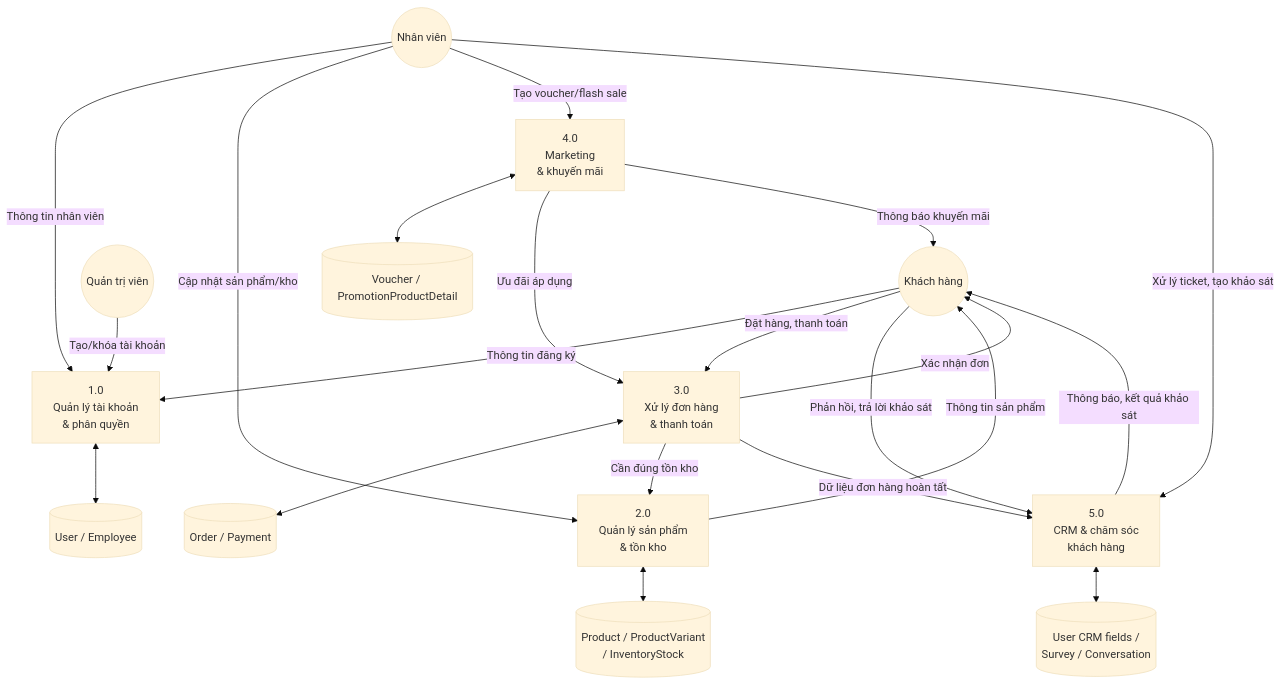
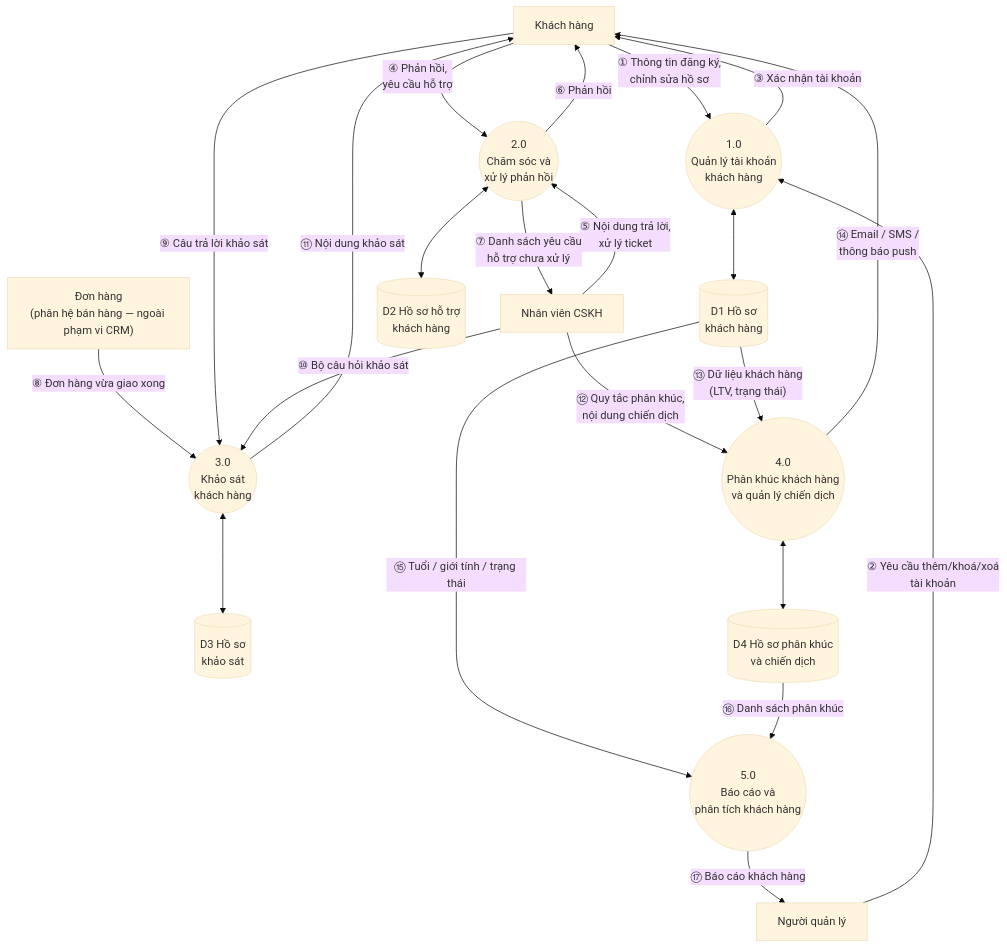
Before and after one commit to KhanhChung2k5/Shopee: the fourth of 6 diagrams in docs/httttdn-phan1-baocao.md, drawn with Mermaid (base theme). The commit also changed other lines of this file and 100 other files, not shown here.

````diff
--- a/docs/httttdn-phan1-baocao.md
+++ b/docs/httttdn-phan1-baocao.md
@@ -179,43 +165,44 @@
 ```mermaid
 graph TD
-    KH((Khách hàng))
-    NV((Nhân viên))
-    ADMIN((Quản trị viên))
+    KH[Khách hàng]
+    NVCS[Nhân viên CSKH]
+    QL[Người quản lý]
+    P3EXT["Đơn hàng<br/>(phân hệ bán hàng — ngoài phạm vi CRM)"]
 
-    P1["1.0<br/>Quản lý tài khoản<br/>& phân quyền"]
-    P2["2.0<br/>Quản lý sản phẩm<br/>& tồn kho"]
-    P3["3.0<br/>Xử lý đơn hàng<br/>& thanh toán"]
-    P4["4.0<br/>Marketing<br/>& khuyến mãi"]
-    P5["5.0<br/>CRM & chăm sóc<br/>khách hàng"]
+    P1(("1.0<br/>Quản lý tài khoản<br/>khách hàng"))
+    P2(("2.0<br/>Chăm sóc và<br/>xử lý phản hồi"))
+    P3(("3.0<br/>Khảo sát<br/>khách hàng"))
+    P4(("4.0<br/>Phân khúc khách hàng<br/>và quản lý chiến dịch"))
+    P5(("5.0<br/>Báo cáo và<br/>phân tích khách hàng"))
 
-    D1[(User / Employee)]
-    D2[(Product / ProductVariant<br/>/ InventoryStock)]
-    D3[(Order / Payment)]
-    D4[(Voucher / PromotionProductDetail)]
-    D5[(User CRM fields /<br/>Survey / Conversation)]
+    D1[(D1 Hồ sơ<br/>khách hàng)]
+    D2[(D2 Hồ sơ hỗ trợ<br/>khách hàng)]
+    D3[(D3 Hồ sơ<br/>khảo sát)]
+    D4[(D4 Hồ sơ phân khúc<br/>và chiến dịch)]
 
-    KH -- "Thông tin đăng ký" --> P1
+    KH -- "① Thông tin đăng ký,<br/>chỉnh sửa hồ sơ" --> P1
+    QL -- "② Yêu cầu thêm/khoá/xoá<br/>tài khoản" --> P1
     P1 <--> D1
-    ADMIN -- "Tạo/khóa tài khoản" --> P1
-    NV -- "Thông tin nhân viên" --> P1
+    P1 -- "③ Xác nhận tài khoản" --> KH
 
-    NV -- "Cập nhật sản phẩm/kho" --> P2
+    KH -- "④ Phản hồi,<br/>yêu cầu hỗ trợ" --> P2
+    NVCS -- "⑤ Nội dung trả lời,<br/>xử lý ticket" --> P2
     P2 <--> D2
-    P2 -- "Thông tin sản phẩm" --> KH
+    P2 -- "⑥ Phản hồi" --> KH
+    P2 -- "⑦ Danh sách yêu cầu<br/>hỗ trợ chưa xử lý" --> NVCS
 
-    KH -- "Đặt hàng, thanh toán" --> P3
+    P3EXT -- "⑧ Đơn hàng vừa giao xong" --> P3
+    KH -- "⑨ Câu trả lời khảo sát" --> P3
+    NVCS -- "⑩ Bộ câu hỏi khảo sát" --> P3
     P3 <--> D3
-    P3 -- "Cần đúng tồn kho" --> P2
-    P3 -- "Xác nhận đơn" --> KH
+    P3 -- "⑪ Nội dung khảo sát" --> KH
 
-    NV -- "Tạo voucher/flash sale" --> P4
+    NVCS -- "⑫ Quy tắc phân khúc,<br/>nội dung chiến dịch" --> P4
+    D1 -- "⑬ Dữ liệu khách hàng<br/>(LTV, trạng thái)" --> P4
     P4 <--> D4
-    P4 -- "Ưu đãi áp dụng" --> P3
-    P4 -- "Thông báo khuyến mãi" --> KH
+    P4 -- "⑭ Email / SMS /<br/>thông báo push" --> KH
 
-    P3 -- "Dữ liệu đơn hàng hoàn tất" --> P5
-    KH -- "Phản hồi, trả lời khảo sát" --> P5
-    P5 <--> D5
-    NV -- "Xử lý ticket, tạo khảo sát" --> P5
-    P5 -- "Thông báo, kết quả khảo sát" --> KH
+    D1 -- "⑮ Tuổi / giới tính / trạng thái" --> P5
+    D4 -- "⑯ Danh sách phân khúc" --> P5
+    P5 -- "⑰ Báo cáo khách hàng" --> QL
 ```
````
